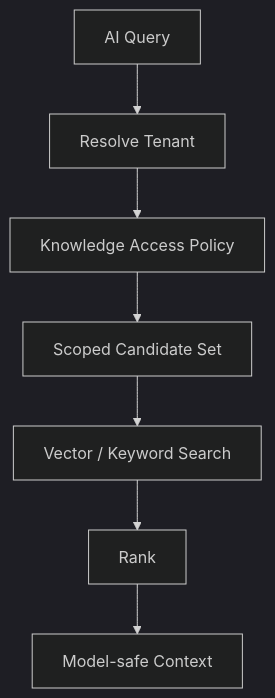
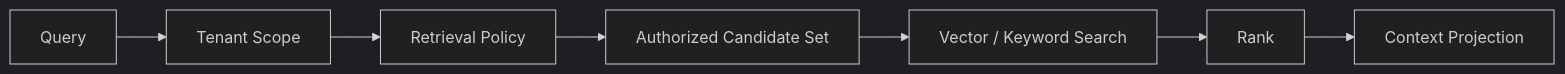
One commit to D-engahmed/OMILINKS changed the third of 4 diagrams in docs/domain/knowledge.md. Above: the diagram before and after it, drawn with Mermaid (dark theme). The commit also changed other lines of this file and 2 other files, not shown here.

Commit message:
docs: deepen workforce routing and knowledge domain contracts

````diff
--- a/docs/domain/knowledge.md
+++ b/docs/domain/knowledge.md
@@ -118,9 +106,9 @@
-```mermaid
-flowchart TD
-Q[AI Query] --> TENANT[Resolve Tenant]
-TENANT --> POLICY[Knowledge Access Policy]
-POLICY --> FILTER[Scoped Candidate Set]
-FILTER --> SEARCH[Vector / Keyword Search]
+~~~mermaid
+flowchart LR
+QUERY[Query] --> TENANT[Tenant Scope]
+TENANT --> POLICY[Retrieval Policy]
+POLICY --> CANDIDATES[Authorized Candidate Set]
+CANDIDATES --> SEARCH[Vector / Keyword Search]
 SEARCH --> RANK[Rank]
-RANK --> PROJ[Model-safe Context]
-```
+RANK --> CONTEXT[Context Projection]
+~~~
````
